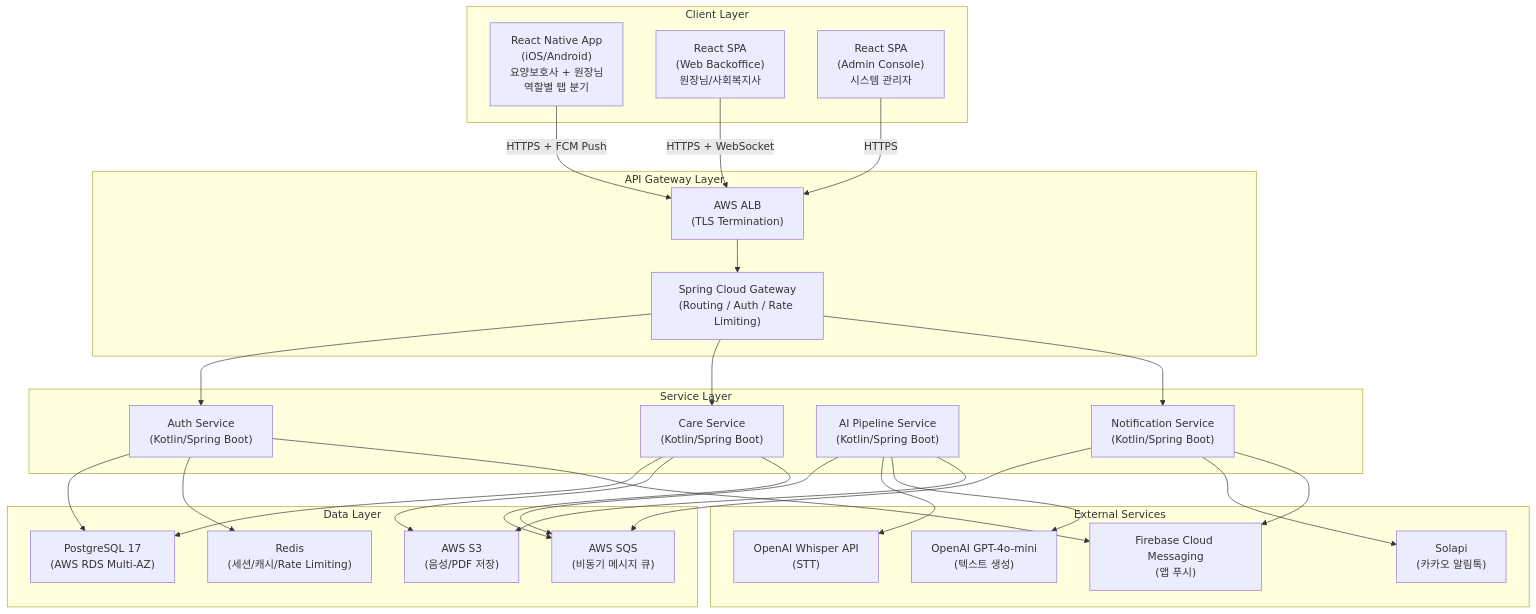
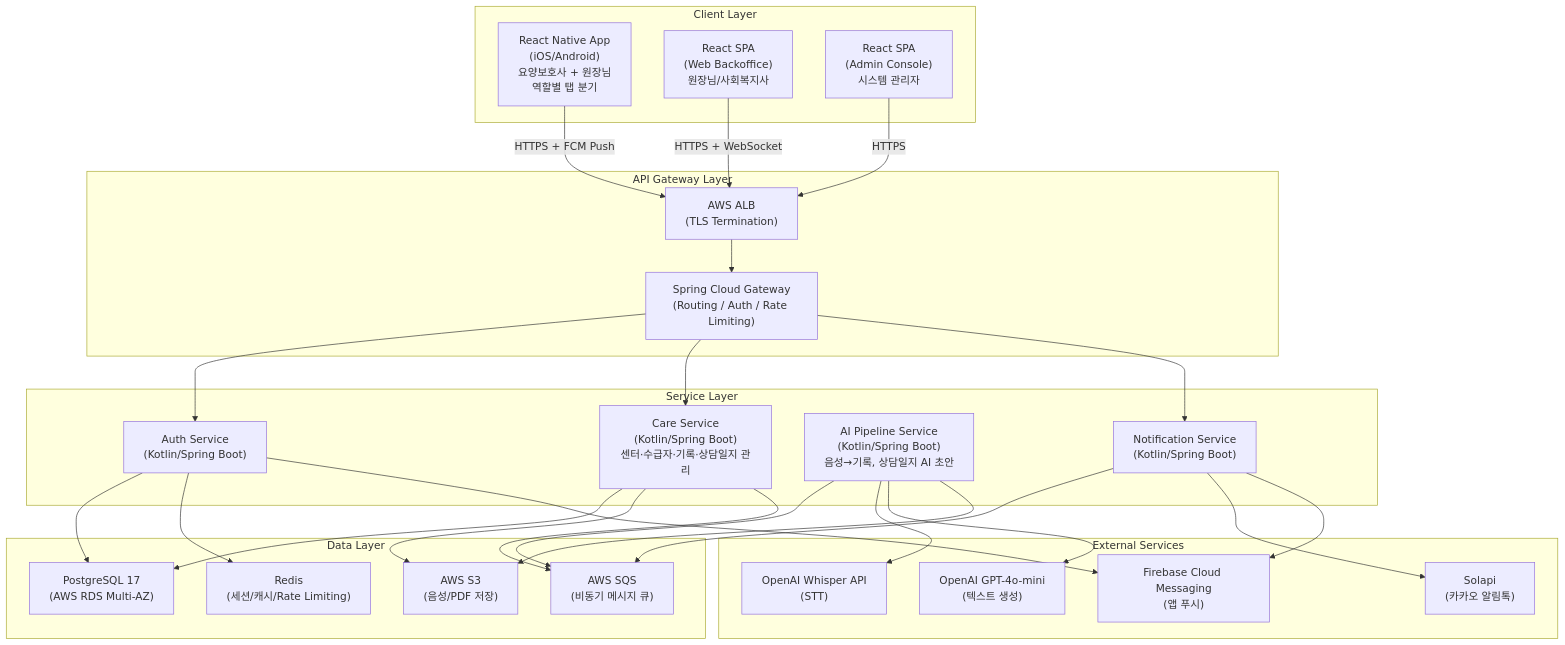
The first of 15 diagrams in planning/보듬_아키텍처_설계서_v0.0.1.md (min9-jambox/bodeum-docs), drawn with Mermaid before and after one commit. The commit also changed other lines of this file and 13 other files, not shown here.

````diff
--- a/planning/보듬_아키텍처_설계서_v0.0.1.md
+++ b/planning/보듬_아키텍처_설계서_v0.0.1.md
@@ -38,57 +40,57 @@
 ```mermaid
 graph TB
     subgraph "Client Layer"
         APP["React Native App<br/>(iOS/Android)<br/>요양보호사 + 원장님<br/>역할별 탭 분기"]
         WEB["React SPA<br/>(Web Backoffice)<br/>원장님/사회복지사"]
         ADMIN["React SPA<br/>(Admin Console)<br/>시스템 관리자"]
     end
 
     subgraph "API Gateway Layer"
         ALB["AWS ALB<br/>(TLS Termination)"]
         GW["Spring Cloud Gateway<br/>(Routing / Auth / Rate Limiting)"]
     end
 
     subgraph "Service Layer"
         AUTH["Auth Service<br/>(Kotlin/Spring Boot)"]
-        CARE["Care Service<br/>(Kotlin/Spring Boot)"]
-        AI["AI Pipeline Service<br/>(Kotlin/Spring Boot)"]
+        CARE["Care Service<br/>(Kotlin/Spring Boot)<br/>센터·수급자·기록·상담일지 관리"]
+        AI["AI Pipeline Service<br/>(Kotlin/Spring Boot)<br/>음성→기록, 상담일지 AI 초안"]
         NOTI["Notification Service<br/>(Kotlin/Spring Boot)"]
     end
 
     subgraph "Data Layer"
         RDS["PostgreSQL 17<br/>(AWS RDS Multi-AZ)"]
         S3["AWS S3<br/>(음성/PDF 저장)"]
         SQS["AWS SQS<br/>(비동기 메시지 큐)"]
         REDIS["Redis<br/>(세션/캐시/Rate Limiting)"]
     end
 
     subgraph "External Services"
         WHISPER["OpenAI Whisper API<br/>(STT)"]
         GPT["OpenAI GPT-4o-mini<br/>(텍스트 생성)"]
         SOLAPI["Solapi<br/>(카카오 알림톡)"]
         FCM["Firebase Cloud Messaging<br/>(앱 푸시)"]
     end
 
     APP -->|HTTPS + FCM Push| ALB
     WEB -->|HTTPS + WebSocket| ALB
     ADMIN -->|HTTPS| ALB
 
     ALB --> GW
     GW --> AUTH
     GW --> CARE
     GW --> NOTI
 
     AUTH --> RDS
     AUTH --> REDIS
     AUTH --> FCM
     CARE --> RDS
     CARE --> S3
     CARE --> SQS
     AI --> SQS
     AI --> WHISPER
     AI --> GPT
     AI --> S3
     NOTI --> SQS
     NOTI --> SOLAPI
     NOTI --> FCM
 ```
````
